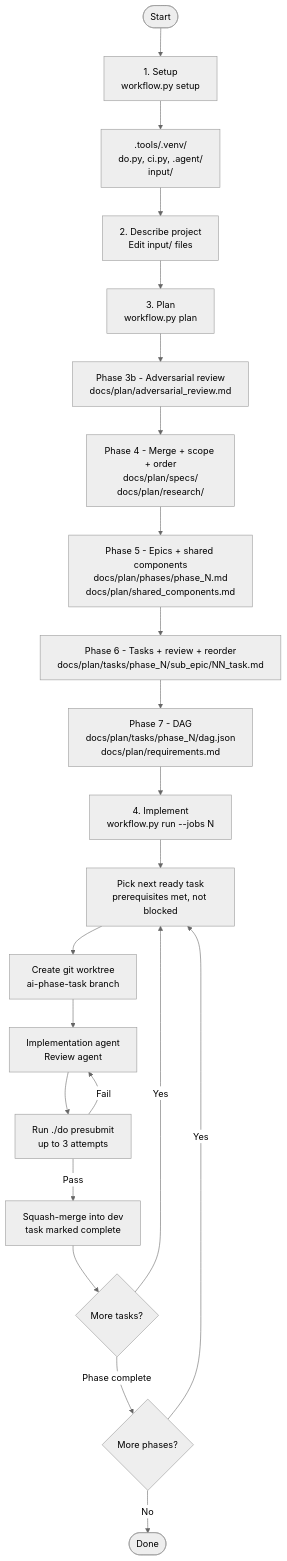
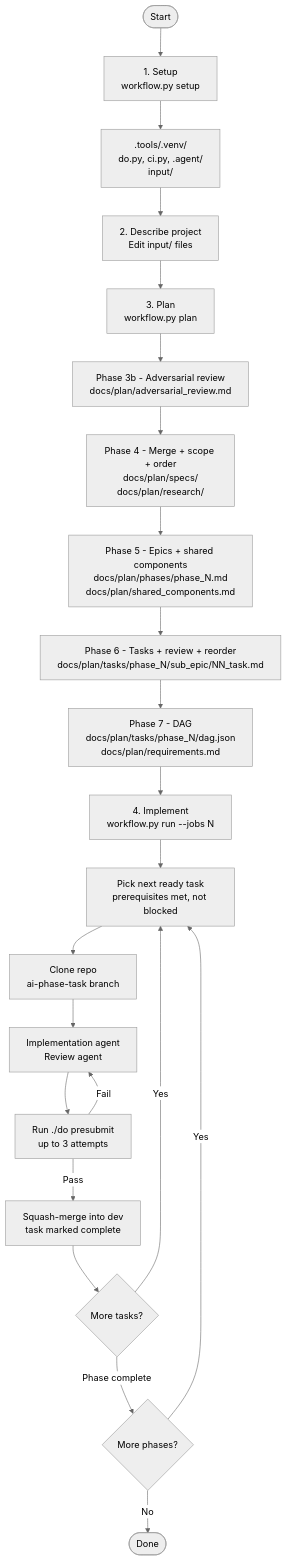
One commit to spwilson27/vibekek changed the diagram in README.md. Above: the diagram before and after it, drawn with Mermaid (neutral theme). The commit also changed other lines of this file and 9 other files, not shown here.

Commit message:
- Remove .gen_state from tools dir. - Switch to git clone exclusively rather than worktree - Fixup last failed command save

````diff
--- a/README.md
+++ b/README.md
@@ -15,29 +15,29 @@
 ```mermaid
 flowchart TD
     A([Start]) --> C["1. Setup<br/>workflow.py setup"]
     C --> C1[".tools/.venv/<br/>do.py, ci.py, .agent/<br/>input/"]
 
     C1 --> B["2. Describe project<br/>Edit input/ files"]
 
     B --> D["3. Plan<br/>workflow.py plan"]
 
     D --> P1["Phase 3b - Adversarial review<br/>docs/plan/adversarial_review.md"]
     P1 --> P2["Phase 4 - Merge + scope + order<br/>docs/plan/specs/<br/>docs/plan/research/"]
     P2 --> P3["Phase 5 - Epics + shared components<br/>docs/plan/phases/phase_N.md<br/>docs/plan/shared_components.md"]
     P3 --> P4["Phase 6 - Tasks + review + reorder<br/>docs/plan/tasks/phase_N/sub_epic/NN_task.md"]
     P4 --> P5["Phase 7 - DAG<br/>docs/plan/tasks/phase_N/dag.json<br/>docs/plan/requirements.md"]
 
     P5 --> E["4. Implement<br/>workflow.py run --jobs N"]
 
     E --> R1["Pick next ready task<br/>prerequisites met, not blocked"]
-    R1 --> R2["Create git worktree<br/>ai-phase-task branch"]
+    R1 --> R2["Clone repo<br/>ai-phase-task branch"]
     R2 --> R3["Implementation agent<br/>Review agent"]
     R3 --> R4["Run ./do presubmit<br/>up to 3 attempts"]
     R4 -->|Pass| R5["Squash-merge into dev<br/>task marked complete"]
     R4 -->|Fail| R3
     R5 --> R6{More tasks?}
     R6 -->|Yes| R1
     R6 -->|Phase complete| R7{More phases?}
     R7 -->|Yes| R1
     R7 -->|No| Z([Done])
 ```
````
